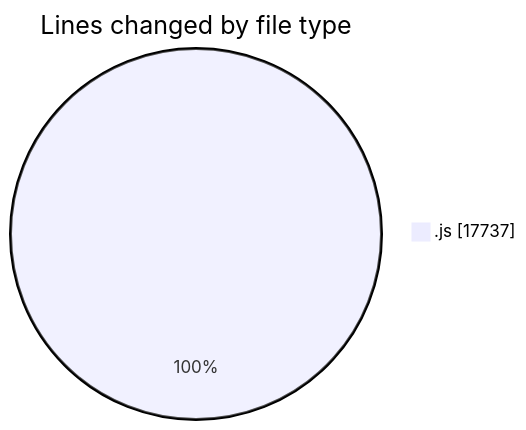
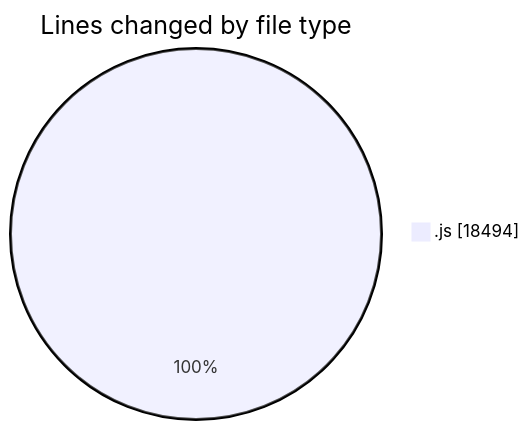
The first of 2 diagrams in 2025-09-30/nxtqube_webapp/README.md (nxtqubesakshisongat/code-tracking), drawn with Mermaid before and after one commit. The commit also changed other lines of this file and 1 other file, not shown here.

````diff
--- a/2025-09-30/nxtqube_webapp/README.md
+++ b/2025-09-30/nxtqube_webapp/README.md
@@ -20,5 +20,5 @@
 ```mermaid
 pie showData
 title Lines changed by file type
-".js" : 17737
+".js" : 18494
 ```
````
